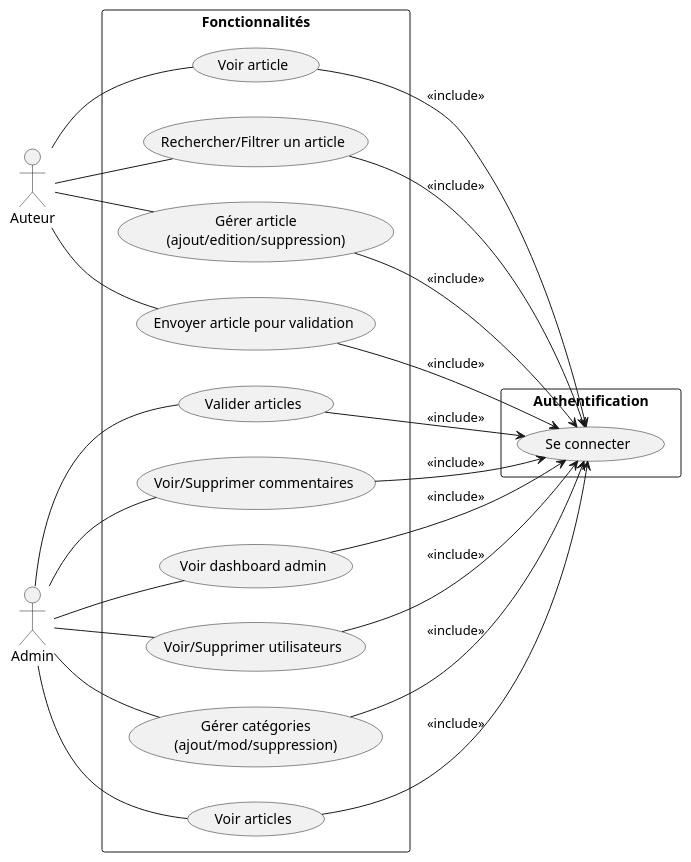
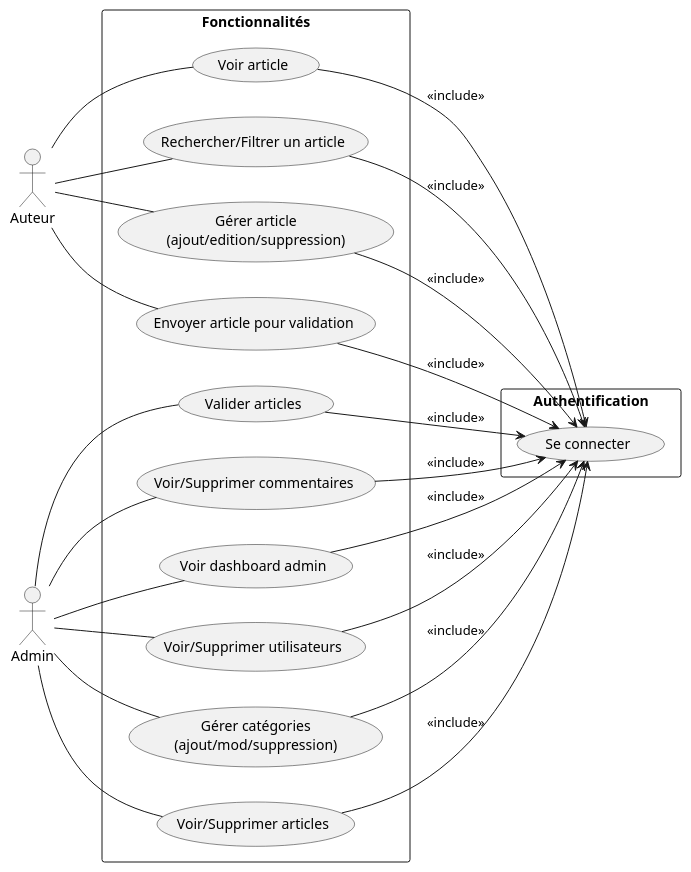
The diagram in Analyse/dagram_useCase_admin.puml (salma-dev123/blog-Chefchaouen-Bleu-Durable), drawn with PlantUML before and after one commit.

Commit message:
update use case

```diff
--- a/Analyse/dagram_useCase_admin.puml
+++ b/Analyse/dagram_useCase_admin.puml
@@ -1,63 +1,63 @@
 @startuml
 left to right direction
 
 '============== Acteurs ==============
 actor Auteur as E
 actor Admin as A
 
 '============== Cas d'utilisation (centre) ==============
 rectangle "Fonctionnalités" {
 
   ' --- Auteur ---
   usecase "Voir article" as E1
   usecase "Rechercher/Filtrer un article" as E2
   usecase "Gérer article\n(ajout/edition/suppression)" as E3
   usecase "Envoyer article pour validation" as E4
 
   ' --- Anciennes fonctionnalités du Modérateur (passées à Admin) ---
   usecase "Valider articles" as M1
   usecase "Voir/Supprimer commentaires" as M2
 
   ' --- Admin ---
   usecase "Voir dashboard admin" as A1
   usecase "Voir/Supprimer utilisateurs" as A2
   usecase "Gérer catégories\n(ajout/mod/suppression)" as A3
-  usecase "Voir articles" as A4
+  usecase "Voir/Supprimer articles" as A4
 }
 
 '============== Authentification ==============
 rectangle "Authentification" {
   usecase "Se connecter" as LOGIN
 }
 
 '============== Associations ==============
 
 ' Auteur
 E -- E1
 E -- E2
 E -- E3
 E -- E4
 
 ' Admin (avec les fonctionnalités du Modérateur)
 A -- A1
 A -- A2
 A -- A3
 A -- A4
 A -- M1
 A -- M2
 
 '============== Relations include ==============
 E1 --> LOGIN : <<include>>
 E2 --> LOGIN : <<include>>
 E3 --> LOGIN : <<include>>
 E4 --> LOGIN : <<include>>
 
 M1 --> LOGIN : <<include>>
 M2 --> LOGIN : <<include>>
 
 A1 --> LOGIN : <<include>>
 A2 --> LOGIN : <<include>>
 A3 --> LOGIN : <<include>>
 A4 --> LOGIN : <<include>>
 
 @enduml
```
